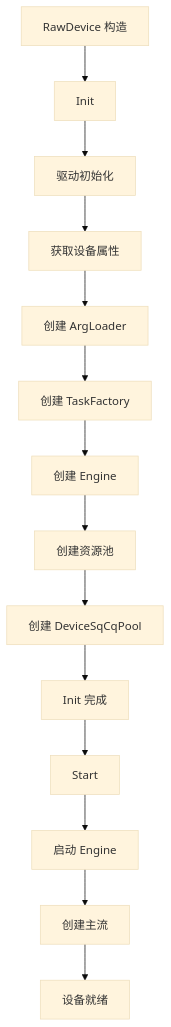
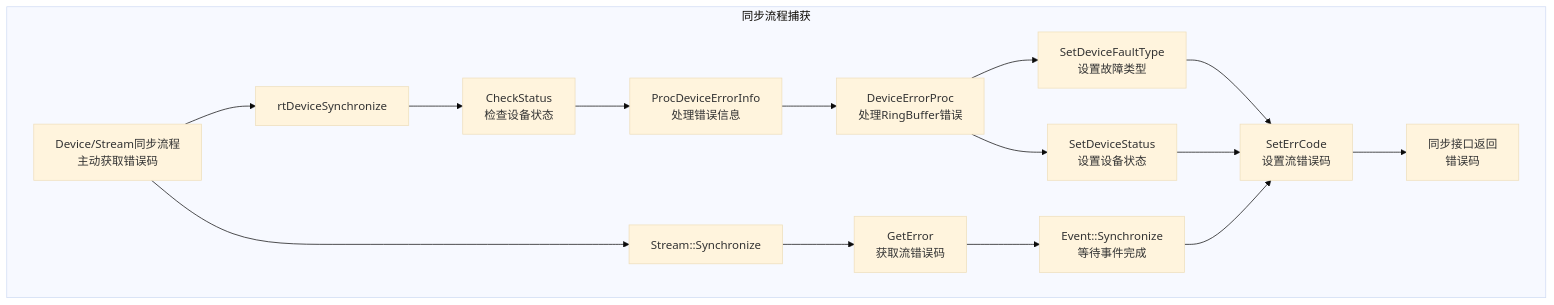
One commit to 18liumin/runtime changed the eighth of 10 diagrams in docs/design/modules/device/device.md. Above: the diagram before and after it, drawn with Mermaid (base theme). The commit also changed other lines of this file, not shown here.

First line of the commit message:
更新Runtime架构说明书， device.md

````diff
--- a/docs/design/modules/device/device.md
+++ b/docs/design/modules/device/device.md
@@ -139,16 +474,28 @@
 ```mermaid
-flowchart TD
-    A[RawDevice 构造] --> B[Init]
-    B --> C[驱动初始化]
-    C --> D[获取设备属性]
-    D --> E[创建 ArgLoader]
-    E --> F[创建 TaskFactory]
-    F --> G[创建 Engine]
-    G --> H[创建资源池]
-    H --> I[创建 DeviceSqCqPool]
-    I --> J[Init 完成]
-    J --> K[Start]
-    K --> L[启动 Engine]
-    L --> M[创建主流]
-    M --> N[设备就绪]
+graph TB
+    subgraph 同步流程捕获
+        SYNC[Device/Stream同步流程<br/>主动获取错误码]
+        DEVICE_SYNC[rtDeviceSynchronize]
+        STREAM_SYNC[Stream::Synchronize]
+        
+        SYNC --> DEVICE_SYNC
+        SYNC --> STREAM_SYNC
+        
+        DEVICE_SYNC --> CHECK1[CheckStatus<br/>检查设备状态]
+        STREAM_SYNC --> CHECK2[GetError<br/>获取流错误码]
+        
+        CHECK1 --> PROC1[ProcDeviceErrorInfo<br/>处理错误信息]
+        CHECK2 --> PROC2[Event::Synchronize<br/>等待事件完成]
+        
+        PROC1 --> ERROR_PROC[DeviceErrorProc<br/>处理RingBuffer错误]
+        ERROR_PROC --> FAULT_TYPE[SetDeviceFaultType<br/>设置故障类型]
+        ERROR_PROC --> DEVICE_STATUS[SetDeviceStatus<br/>设置设备状态]
+        
+        FAULT_TYPE --> STREAM_ERR[SetErrCode<br/>设置流错误码]
+        DEVICE_STATUS --> STREAM_ERR
+        
+        PROC2 --> STREAM_ERR
+        
+        STREAM_ERR --> RETURN3[同步接口返回<br/>错误码]
+    end
 ```
````
